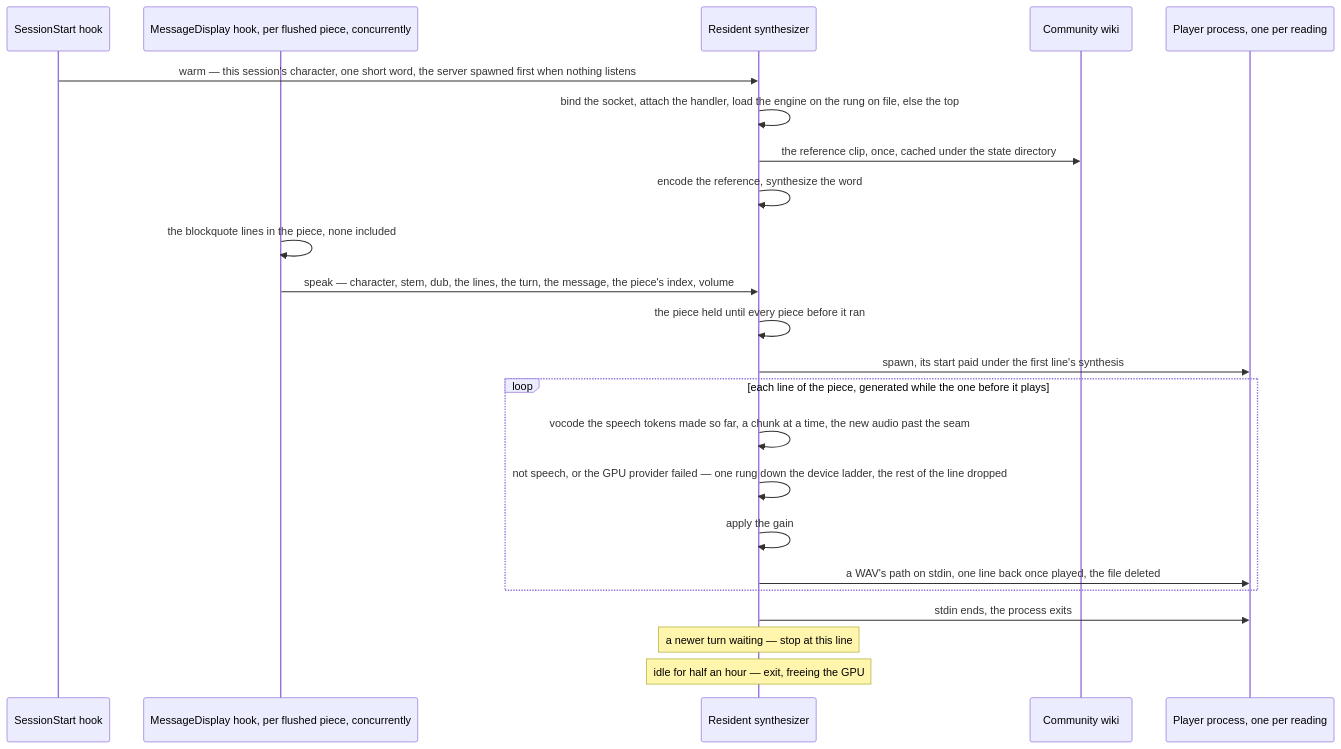
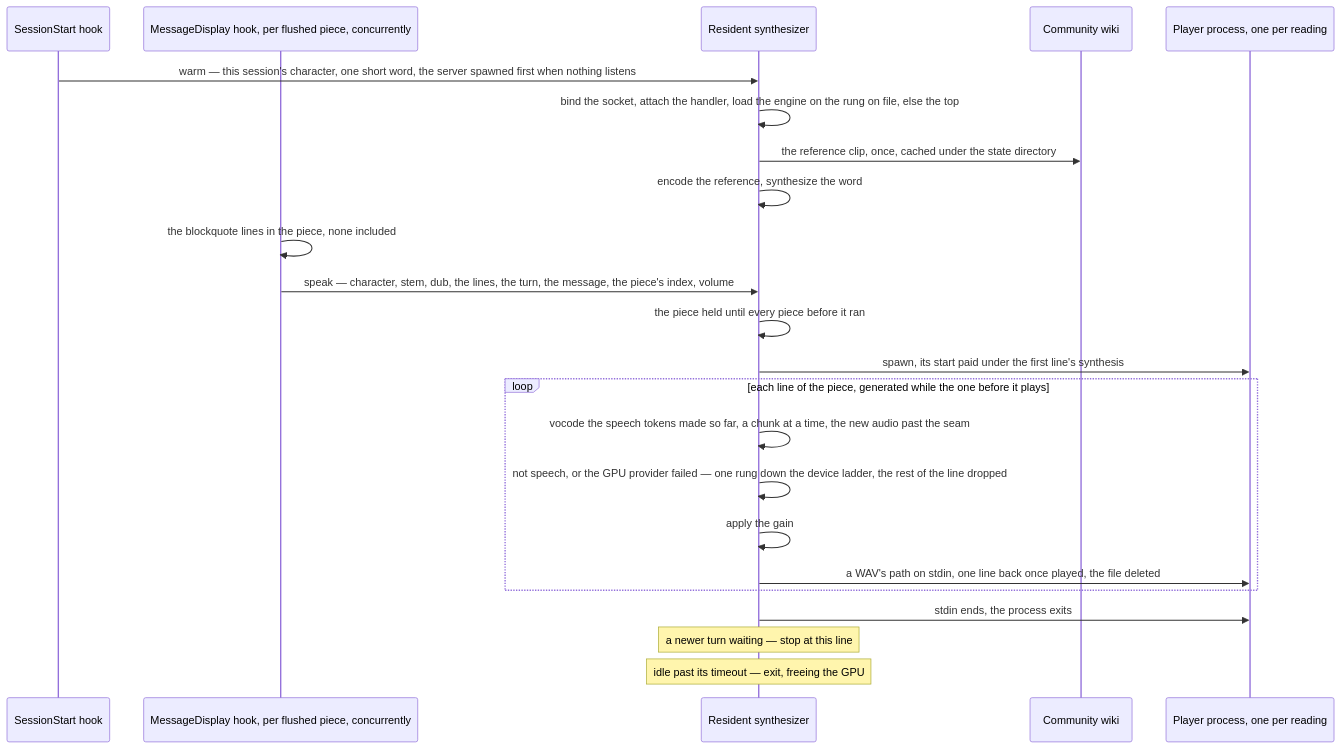
Before and after one commit to Esposter/Esposter: the first of 3 diagrams in apps/web/content/docs/infra/claude-interface/spoken-replies.md, drawn with Mermaid. The commit also changed other lines of this file and 5 other files, not shown here.

````diff
--- a/apps/web/content/docs/infra/claude-interface/spoken-replies.md
+++ b/apps/web/content/docs/infra/claude-interface/spoken-replies.md
@@ -18,26 +18,26 @@
 ```mermaid
 sequenceDiagram
     participant Start as SessionStart hook
     participant Display as MessageDisplay hook, per flushed piece, concurrently
     participant Server as Resident synthesizer
     participant Wiki as Community wiki
     participant Player as Player process, one per reading
 
     Start->>Server: warm — this session's character, one short word, the server spawned first when nothing listens
     Server->>Server: bind the socket, attach the handler, load the engine on the rung on file, else the top
     Server->>Wiki: the reference clip, once, cached under the state directory
     Server->>Server: encode the reference, synthesize the word
     Display->>Display: the blockquote lines in the piece, none included
     Display->>Server: speak — character, stem, dub, the lines, the turn, the message, the piece's index, volume
     Server->>Server: the piece held until every piece before it ran
     Server->>Player: spawn, its start paid under the first line's synthesis
     loop each line of the piece, generated while the one before it plays
         Server->>Server: vocode the speech tokens made so far, a chunk at a time, the new audio past the seam
         Server->>Server: not speech, or the GPU provider failed — one rung down the device ladder, the rest of the line dropped
         Server->>Server: apply the gain
         Server->>Player: a WAV's path on stdin, one line back once played, the file deleted
     end
     Server->>Player: stdin ends, the process exits
     Note over Server: a newer turn waiting — stop at this line
-    Note over Server: idle for half an hour — exit, freeing the GPU
+    Note over Server: idle past its timeout — exit, freeing the GPU
 ```
````
